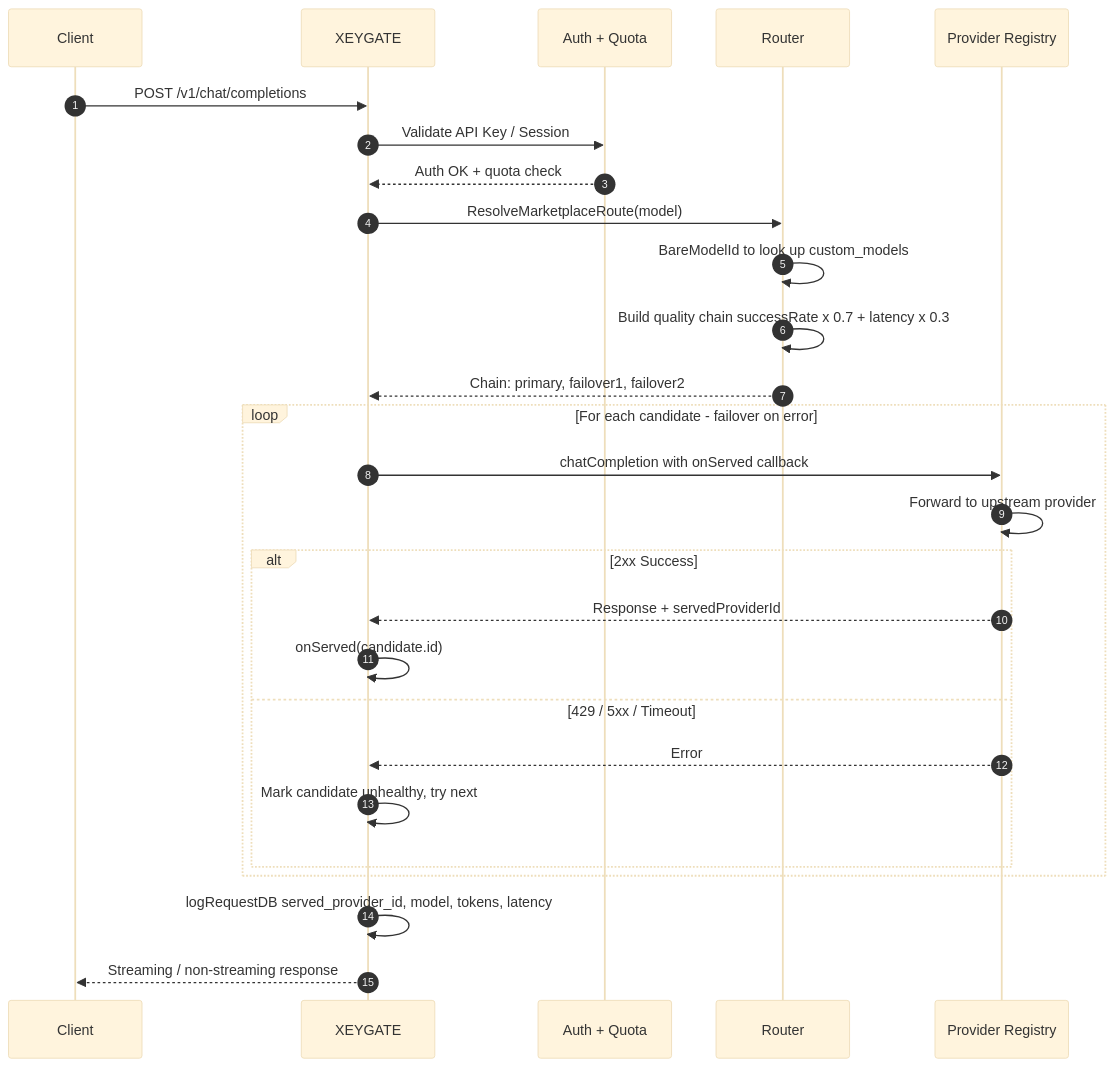
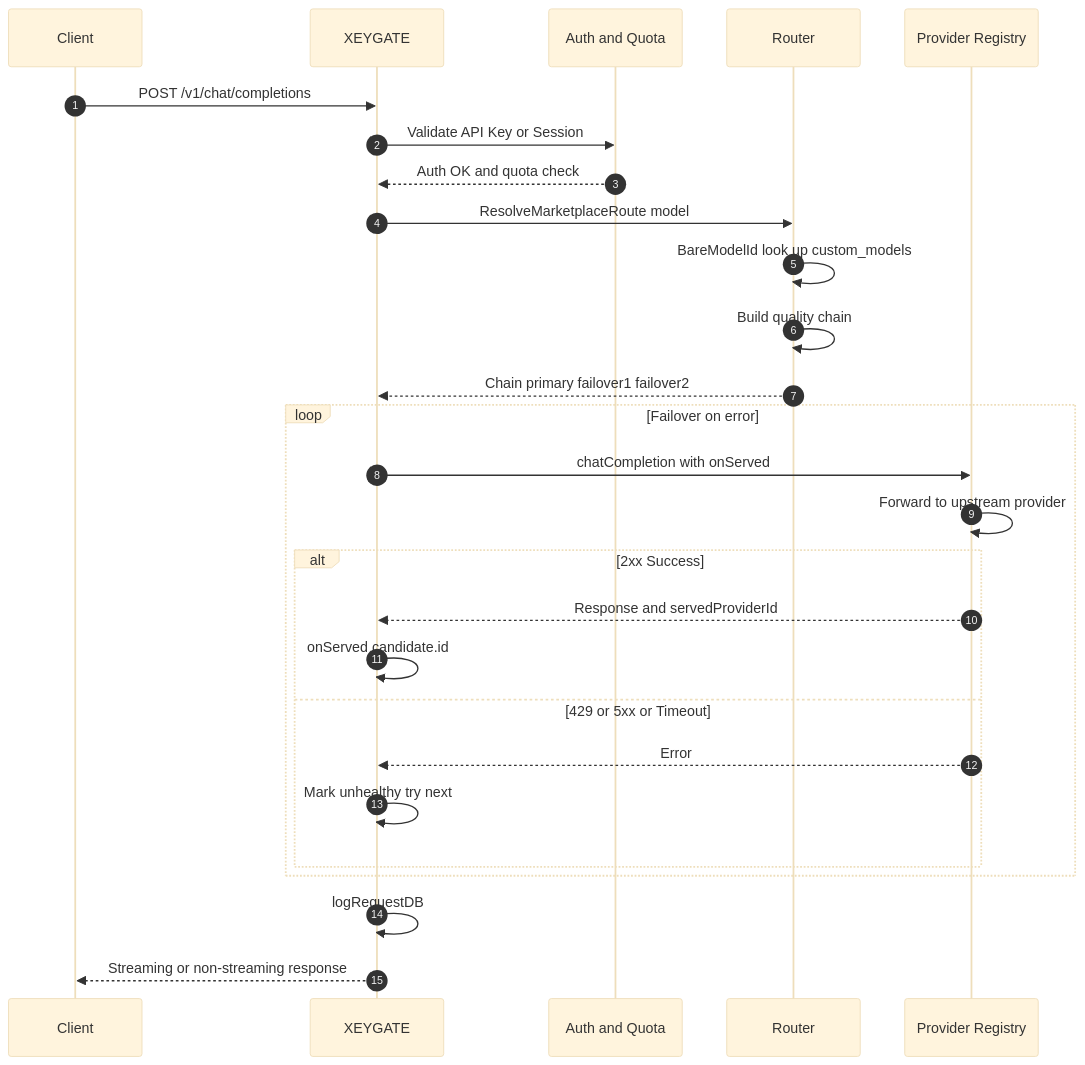
The third of 4 diagrams in README.md (qwetls/xeygate), drawn with Mermaid (base theme) before and after one commit. The commit also changed other lines of this file, not shown here.

Commit message:
fix: strip all remaining special chars from sequence and marketplace Mermaid diagrams
Remove + / () : ? and commas from message text and labels in
sequenceDiagram and graph LR blocks - GitHub renderer rejects them.

````diff
--- a/README.md
+++ b/README.md
@@ -440,33 +440,33 @@
 ```mermaid
 sequenceDiagram
     autonumber
     participant C as Client
     participant G as XEYGATE
-    participant A as Auth + Quota
+    participant A as Auth and Quota
     participant R as Router
     participant P as Provider Registry
 
     C->>G: POST /v1/chat/completions
-    G->>A: Validate API Key / Session
-    A-->>G: Auth OK + quota check
+    G->>A: Validate API Key or Session
+    A-->>G: Auth OK and quota check
 
-    G->>R: ResolveMarketplaceRoute(model)
-    R->>R: BareModelId to look up custom_models
-    R->>R: Build quality chain successRate x 0.7 + latency x 0.3
-    R-->>G: Chain: primary, failover1, failover2
+    G->>R: ResolveMarketplaceRoute model
+    R->>R: BareModelId look up custom_models
+    R->>R: Build quality chain
+    R-->>G: Chain primary failover1 failover2
 
-    loop For each candidate - failover on error
-        G->>P: chatCompletion with onServed callback
+    loop Failover on error
+        G->>P: chatCompletion with onServed
         P->>P: Forward to upstream provider
         alt 2xx Success
-            P-->>G: Response + servedProviderId
-            G->>G: onServed(candidate.id)
-        else 429 / 5xx / Timeout
+            P-->>G: Response and servedProviderId
+            G->>G: onServed candidate.id
+        else 429 or 5xx or Timeout
             P-->>G: Error
-            G->>G: Mark candidate unhealthy, try next
+            G->>G: Mark unhealthy try next
         end
     end
 
-    G->>G: logRequestDB served_provider_id, model, tokens, latency
-    G-->>C: Streaming / non-streaming response
+    G->>G: logRequestDB
+    G-->>C: Streaming or non-streaming response
 ```
````
